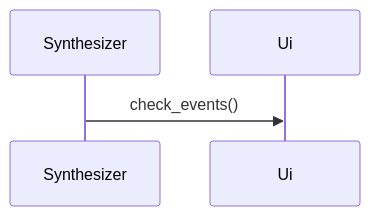
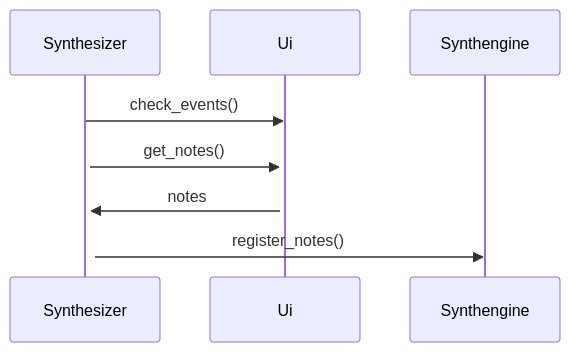
One commit to rudolf-heiskanen/ot-harjoitustyo changed the second of 2 diagrams in dokumentaatio/arkkitehtuuri.md. Above: the diagram before and after it, drawn with Mermaid.

Commit message:
arkkitehtuuria

````diff
--- a/dokumentaatio/arkkitehtuuri.md
+++ b/dokumentaatio/arkkitehtuuri.md
@@ -29,4 +29,11 @@
 ```mermaid
 sequenceDiagram
     Synthesizer ->> Ui: check_events()
+    activate Ui
+    activate Synthesizer
+    Synthesizer ->> Ui: get_notes()
+    activate Ui
+    Ui ->> Synthesizer: notes
+    activate Synthesizer
+    Synthesizer ->> Synthengine: register_notes()
 ```
````
